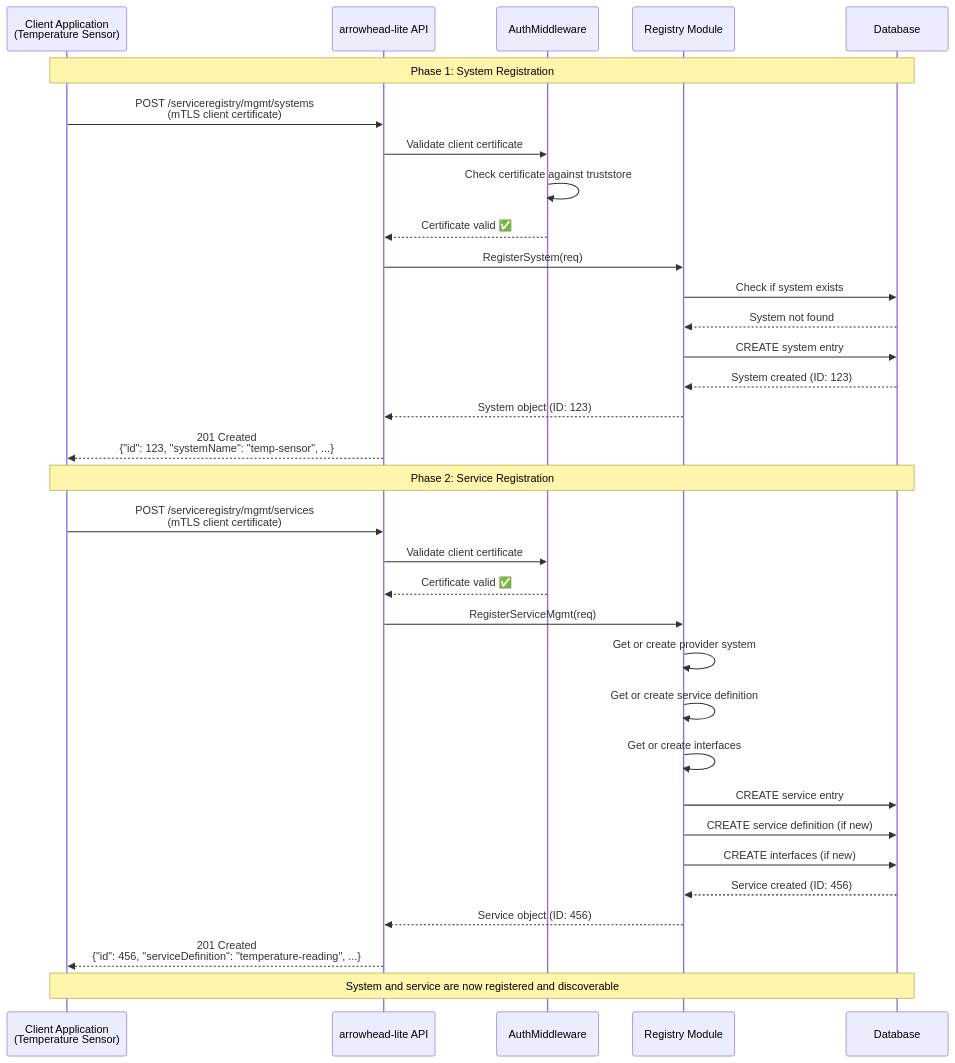
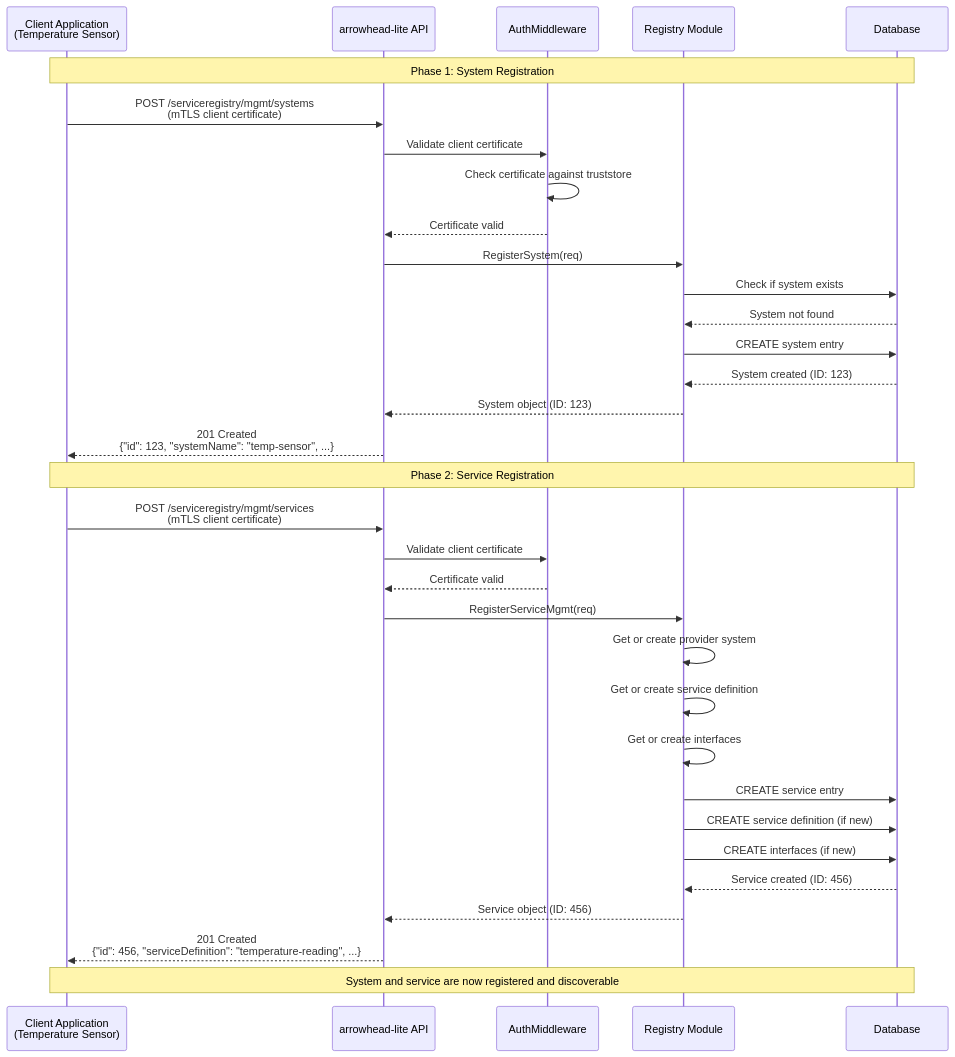
The diagram in docs/diagrams/2-system-service-registration.md (cluster1-arrowcolony/arrowhead-lite), drawn with Mermaid before and after one commit. The commit also changed 18 other files, not shown here.

````diff
--- a/docs/diagrams/2-system-service-registration.md
+++ b/docs/diagrams/2-system-service-registration.md
@@ -5,44 +5,44 @@
 ```mermaid
 sequenceDiagram
     participant Client as Client Application<br/>(Temperature Sensor)
     participant API as arrowhead-lite API
     participant Auth as AuthMiddleware
     participant Registry as Registry Module
     participant DB as Database
 
     Note over Client, DB: Phase 1: System Registration
-    
+
     Client->>API: POST /serviceregistry/mgmt/systems<br/>(mTLS client certificate)
     API->>Auth: Validate client certificate
     Auth->>Auth: Check certificate against truststore
-    Auth-->>API: Certificate valid ✅
-    
+    Auth-->>API: Certificate valid
+
     API->>Registry: RegisterSystem(req)
     Registry->>DB: Check if system exists
     DB-->>Registry: System not found
     Registry->>DB: CREATE system entry
     DB-->>Registry: System created (ID: 123)
     Registry-->>API: System object (ID: 123)
     API-->>Client: 201 Created<br/>{"id": 123, "systemName": "temp-sensor", ...}
-    
+
     Note over Client, DB: Phase 2: Service Registration
-    
+
     Client->>API: POST /serviceregistry/mgmt/services<br/>(mTLS client certificate)
     API->>Auth: Validate client certificate
-    Auth-->>API: Certificate valid ✅
-    
+    Auth-->>API: Certificate valid
+
     API->>Registry: RegisterServiceMgmt(req)
     Registry->>Registry: Get or create provider system
     Registry->>Registry: Get or create service definition
     Registry->>Registry: Get or create interfaces
-    
+
     Registry->>DB: CREATE service entry
     Registry->>DB: CREATE service definition (if new)
     Registry->>DB: CREATE interfaces (if new)
-    
+
     DB-->>Registry: Service created (ID: 456)
     Registry-->>API: Service object (ID: 456)
     API-->>Client: 201 Created<br/>{"id": 456, "serviceDefinition": "temperature-reading", ...}
-    
+
     Note over Client, DB: System and service are now registered and discoverable
 ```
````
